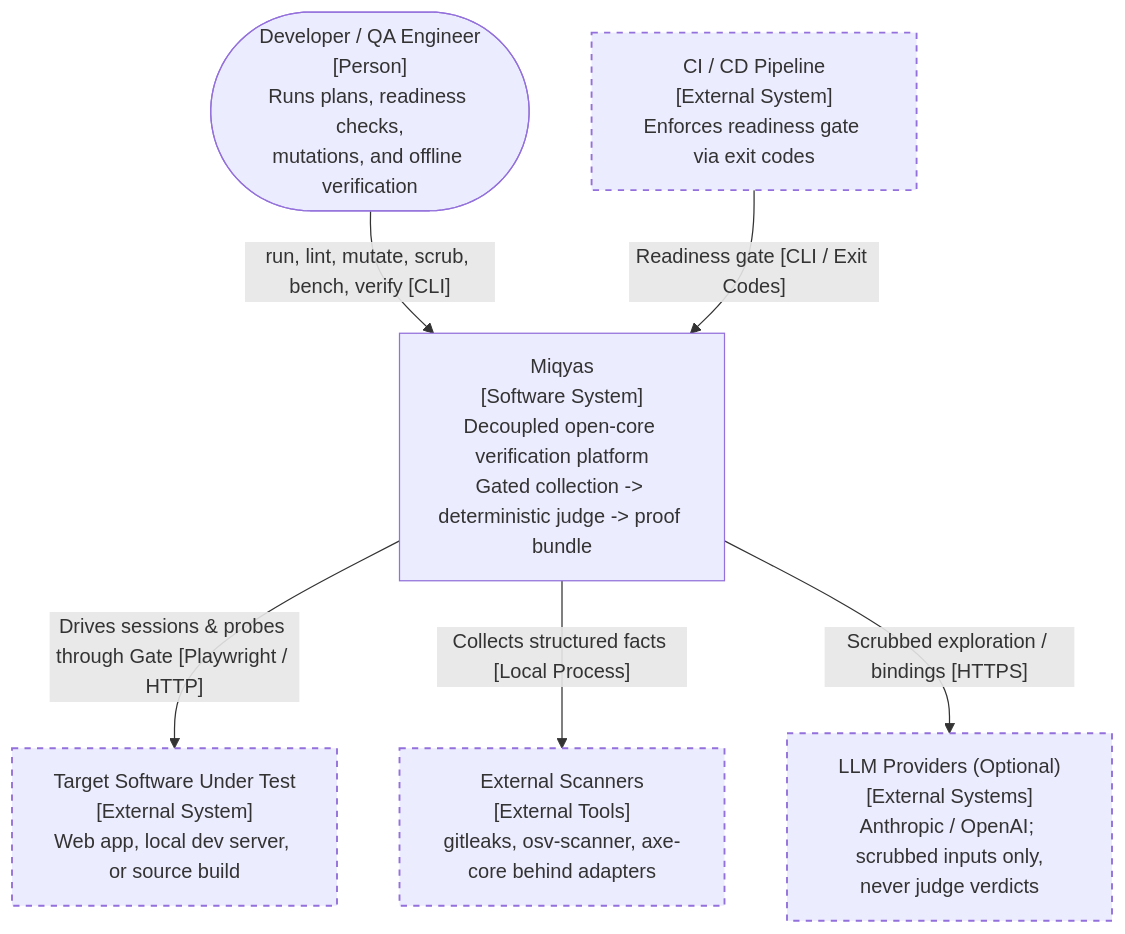
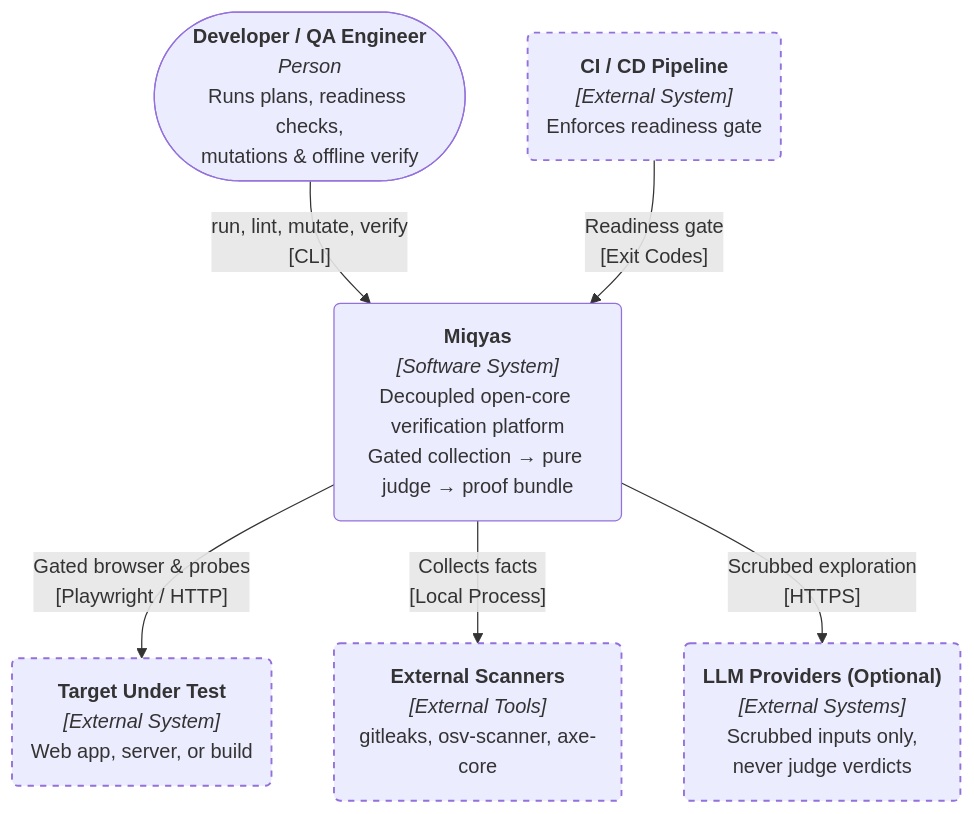
Before and after one commit to Ahmad-AlModhayan/miqyas: the first of 4 diagrams in README.md, drawn with Mermaid. The commit also changed other lines of this file, not shown here.

First line of the commit message:
docs(readme): refine C4 + UML layout, arrow routing, and sequence syntax

````diff
--- a/README.md
+++ b/README.md
@@ -67,19 +67,19 @@
 ```mermaid
 flowchart TB
-    dev(["Developer / QA Engineer<br/>[Person]<br/>Runs plans, readiness checks,<br/>mutations, and offline verification"])
-    ci["CI / CD Pipeline<br/>[External System]<br/>Enforces readiness gate via exit codes"]:::ext
+    dev(["<b>Developer / QA Engineer</b><br/><i>Person</i><br/>Runs plans, readiness checks,<br/>mutations &amp; offline verify"])
+    ci("<b>CI / CD Pipeline</b><br/><i>[External System]</i><br/>Enforces readiness gate"):::ext
 
-    miqyas["Miqyas<br/>[Software System]<br/>Decoupled open-core verification platform<br/>Gated collection -> deterministic judge -> proof bundle"]
+    miqyas("<b>Miqyas</b><br/><i>[Software System]</i><br/>Decoupled open-core verification platform<br/>Gated collection → pure judge → proof bundle")
 
-    sut["Target Software Under Test<br/>[External System]<br/>Web app, local dev server, or source build"]:::ext
-    scanners["External Scanners<br/>[External Tools]<br/>gitleaks, osv-scanner, axe-core behind adapters"]:::ext
-    llms["LLM Providers (Optional)<br/>[External Systems]<br/>Anthropic / OpenAI; scrubbed inputs only,<br/>never judge verdicts"]:::ext
+    sut("<b>Target Under Test</b><br/><i>[External System]</i><br/>Web app, server, or build"):::ext
+    scanners("<b>External Scanners</b><br/><i>[External Tools]</i><br/>gitleaks, osv-scanner, axe-core"):::ext
+    llms("<b>LLM Providers (Optional)</b><br/><i>[External Systems]</i><br/>Scrubbed inputs only,<br/>never judge verdicts"):::ext
 
-    dev -->|"run, lint, mutate, scrub, bench, verify [CLI]"| miqyas
-    ci -->|"Readiness gate [CLI / Exit Codes]"| miqyas
-    miqyas -->|"Drives sessions & probes through Gate [Playwright / HTTP]"| sut
-    miqyas -->|"Collects structured facts [Local Process]"| scanners
-    miqyas -->|"Scrubbed exploration / bindings [HTTPS]"| llms
+    dev -->|"run, lint, mutate, verify<br/>[CLI]"| miqyas
+    ci -->|"Readiness gate<br/>[Exit Codes]"| miqyas
+    miqyas -->|"Gated browser &amp; probes<br/>[Playwright / HTTP]"| sut
+    miqyas -->|"Collects facts<br/>[Local Process]"| scanners
+    miqyas -->|"Scrubbed exploration<br/>[HTTPS]"| llms
 
-    classDef ext stroke-dasharray: 5 5,stroke-width:1.5px;
+    classDef ext stroke-dasharray:5 5,stroke-width:1.5px;
 ```
````
